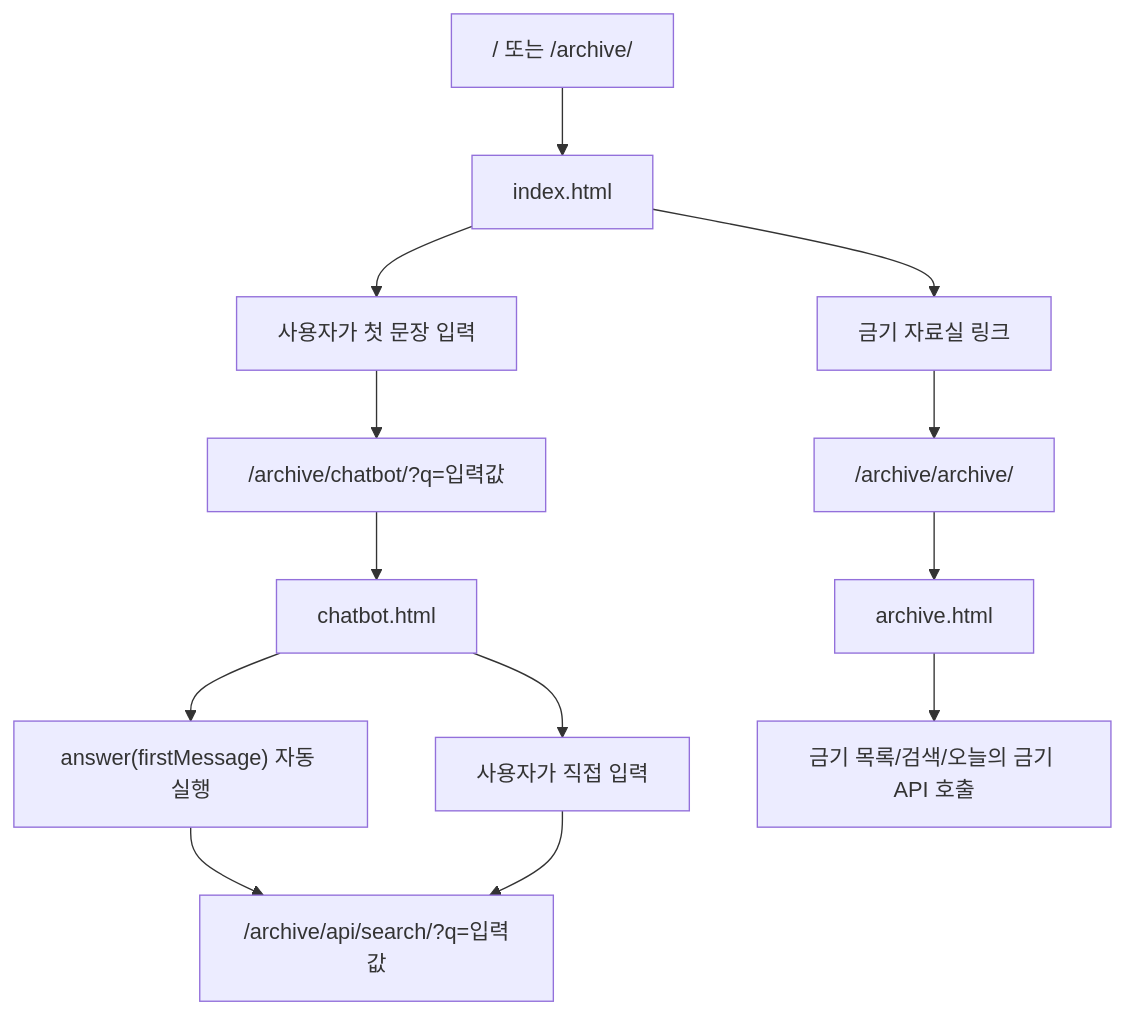
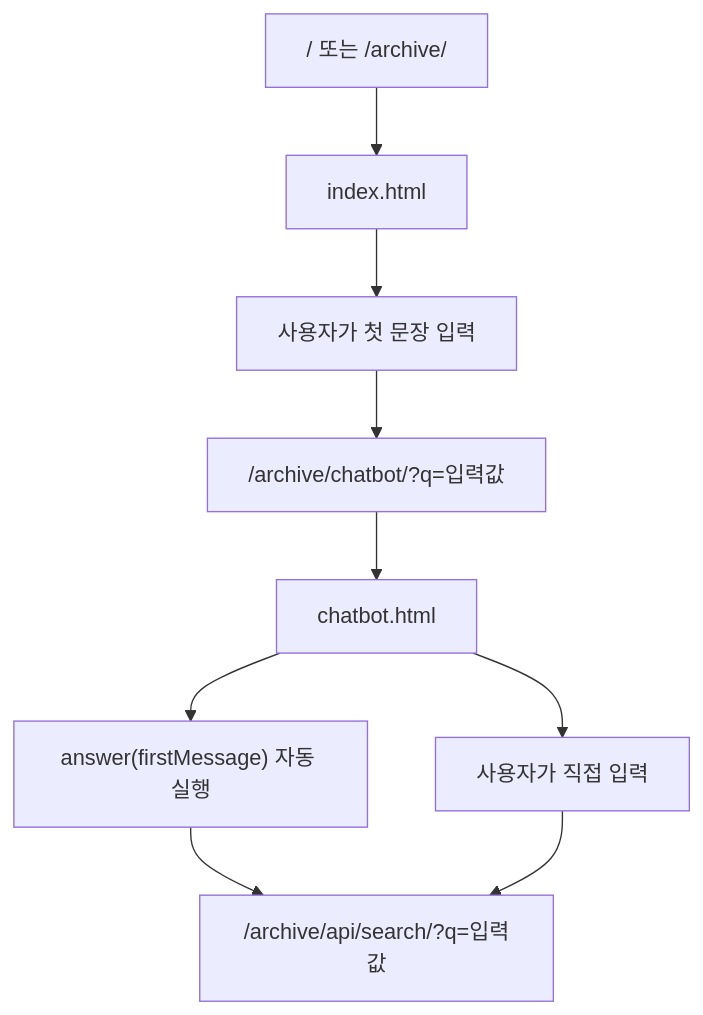
Before and after one commit to SKNETWORKS-FAMILY-AICAMP/SKN27-4th-1team: the first of 3 diagrams in docs/archive.md, drawn with Mermaid. The commit also changed other lines of this file and 3 other files, not shown here.

````diff
--- a/docs/archive.md
+++ b/docs/archive.md
@@ -57,17 +49,12 @@
 ```mermaid
 flowchart TD
     A["/ 또는 /archive/"] --> B["index.html"]
     B --> C["사용자가 첫 문장 입력"]
     C --> D["/archive/chatbot/?q=입력값"]
     D --> E["chatbot.html"]
     E --> F["answer(firstMessage) 자동 실행"]
     F --> G["/archive/api/search/?q=입력값"]
 
     E --> H["사용자가 직접 입력"]
     H --> G
-
-    B --> I["금기 자료실 링크"]
-    I --> J["/archive/archive/"]
-    J --> K["archive.html"]
-    K --> L["금기 목록/검색/오늘의 금기 API 호출"]
 ```
````
